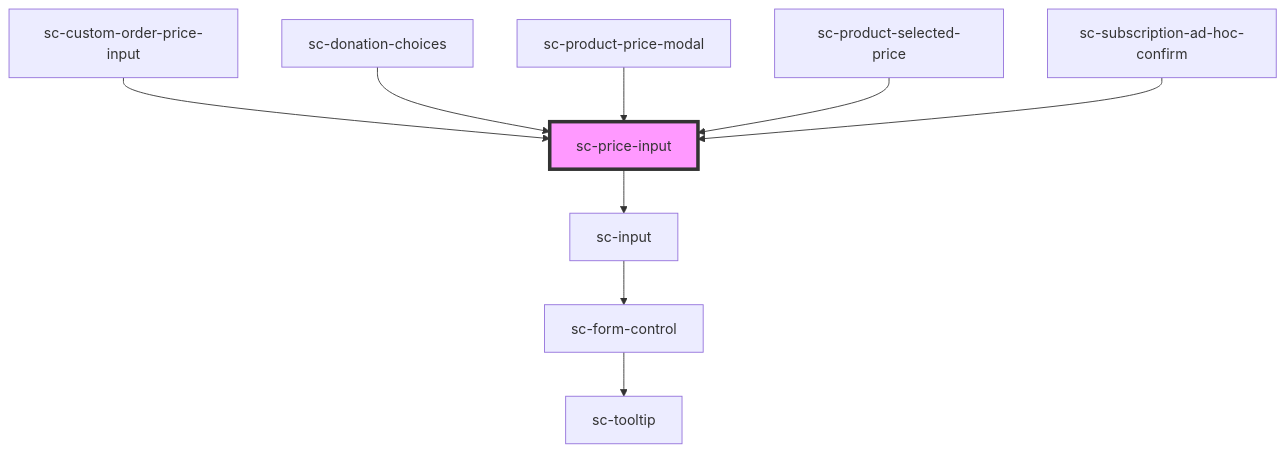
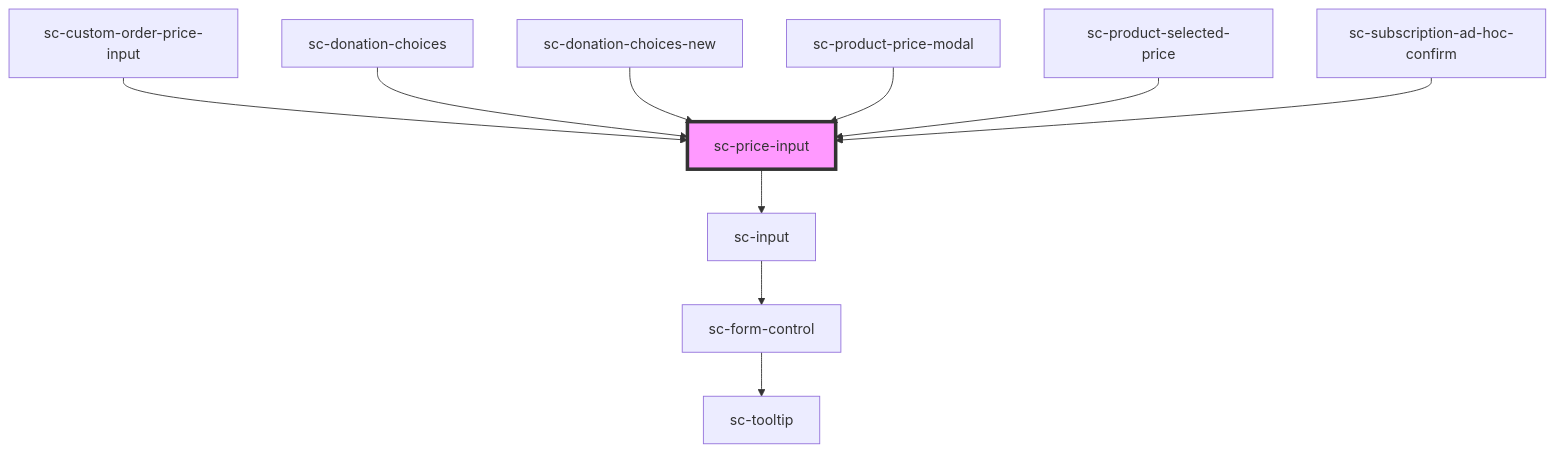
Before and after one commit to surecart/surecart-wp-plugin: the diagram in packages/components/src/components/ui/price-input/readme.md, drawn with Mermaid. The commit also changed other lines of this file and 22 other files, not shown here.

````diff
--- a/packages/components/src/components/ui/price-input/readme.md
+++ b/packages/components/src/components/ui/price-input/readme.md
@@ -114,12 +115,13 @@
 ```mermaid
 graph TD;
   sc-price-input --> sc-input
   sc-input --> sc-form-control
   sc-form-control --> sc-tooltip
   sc-custom-order-price-input --> sc-price-input
   sc-donation-choices --> sc-price-input
+  sc-donation-choices-new --> sc-price-input
   sc-product-price-modal --> sc-price-input
   sc-product-selected-price --> sc-price-input
   sc-subscription-ad-hoc-confirm --> sc-price-input
   style sc-price-input fill:#f9f,stroke:#333,stroke-width:4px
 ```
````
